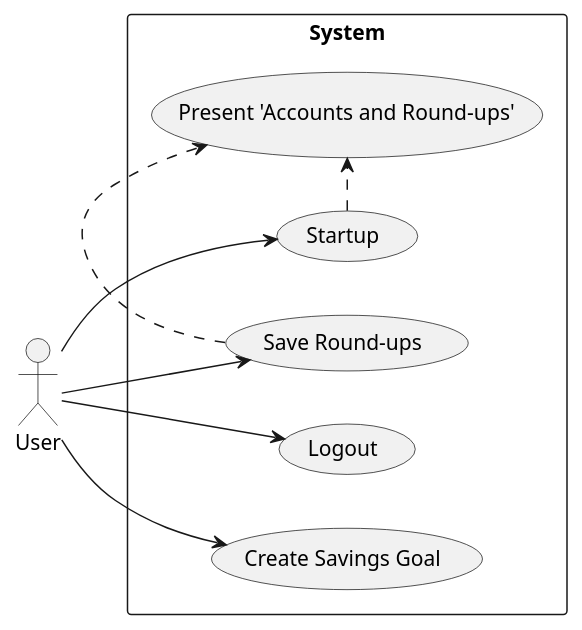
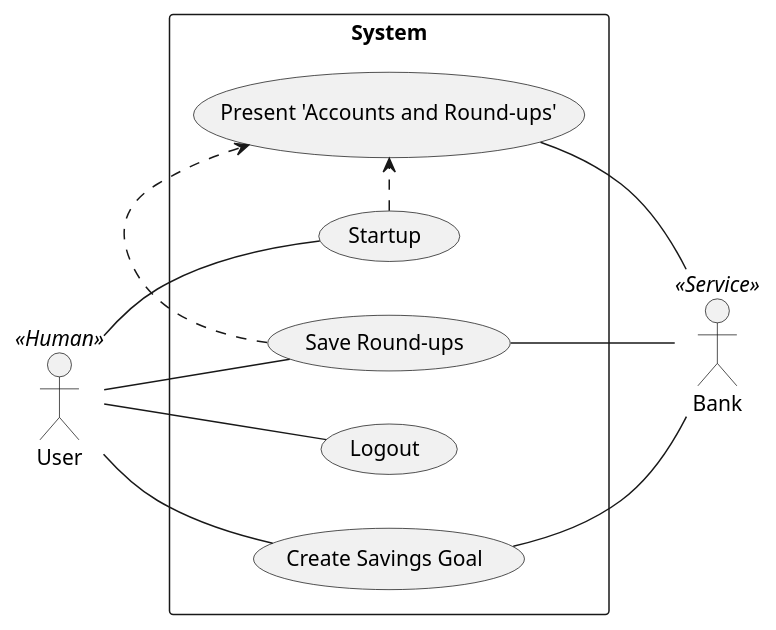
One commit to hristo-stefanov/MiniBankingDemo changed the diagram in diagrams/Use Case Diagram.puml. Above: the diagram before and after it, drawn with PlantUML. The commit also changed 5 other files, not shown here.

```diff
--- a/diagrams/Use Case Diagram.puml
+++ b/diagrams/Use Case Diagram.puml
@@ -1,23 +1,26 @@
 @startuml
 'https://plantuml.com/use-case-diagram
 
 left to right direction
-actor User
+actor User <<Human>>
+actor Bank <<Service>>
 
 rectangle System {
 usecase Startup
 usecase Logout
 usecase "Save Round-ups"
 usecase "Create Savings Goal"
 usecase "Present 'Accounts and Round-ups'"
 }
 
-User --> Startup
-User --> "Save Round-ups"
-User --> "Create Savings Goal"
-User --> "Logout"
+User -- Startup
+User -- "Save Round-ups"
+User -- "Create Savings Goal"
+User -- "Logout"
 
 Startup .> "Present 'Accounts and Round-ups'"
 "Save Round-ups" .> "Present 'Accounts and Round-ups'"
-
+"Present 'Accounts and Round-ups'" -- "Bank"
+"Save Round-ups" -- "Bank"
+"Create Savings Goal" -- "Bank"
 @enduml
```
